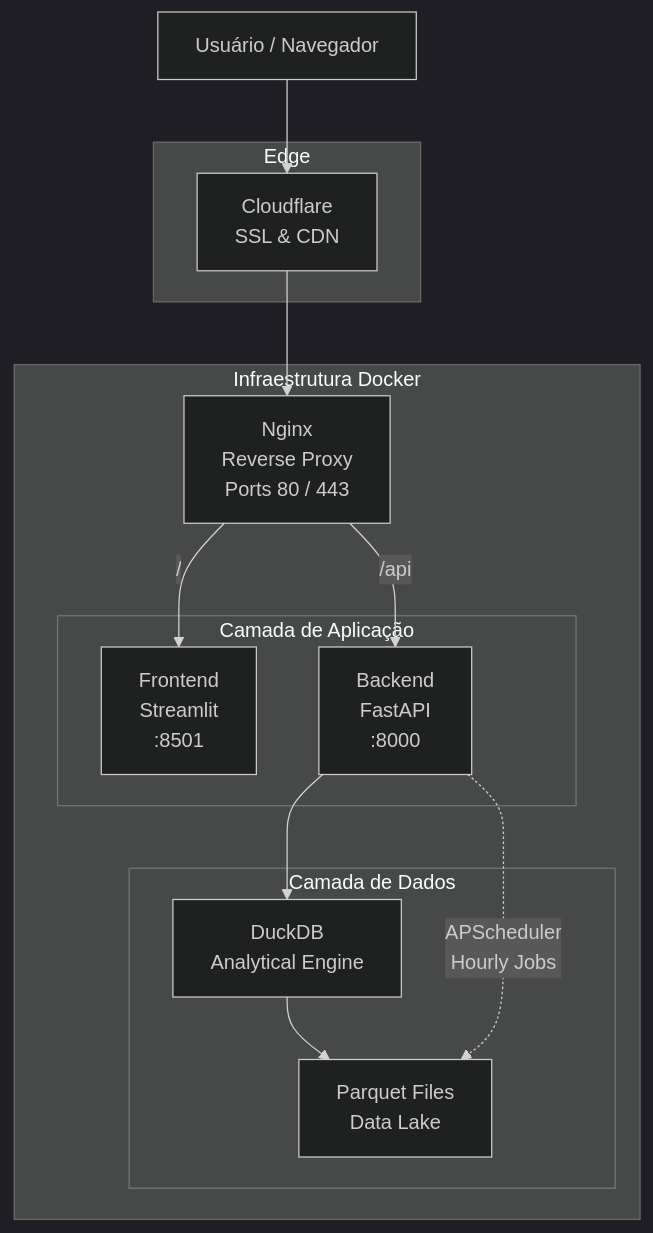
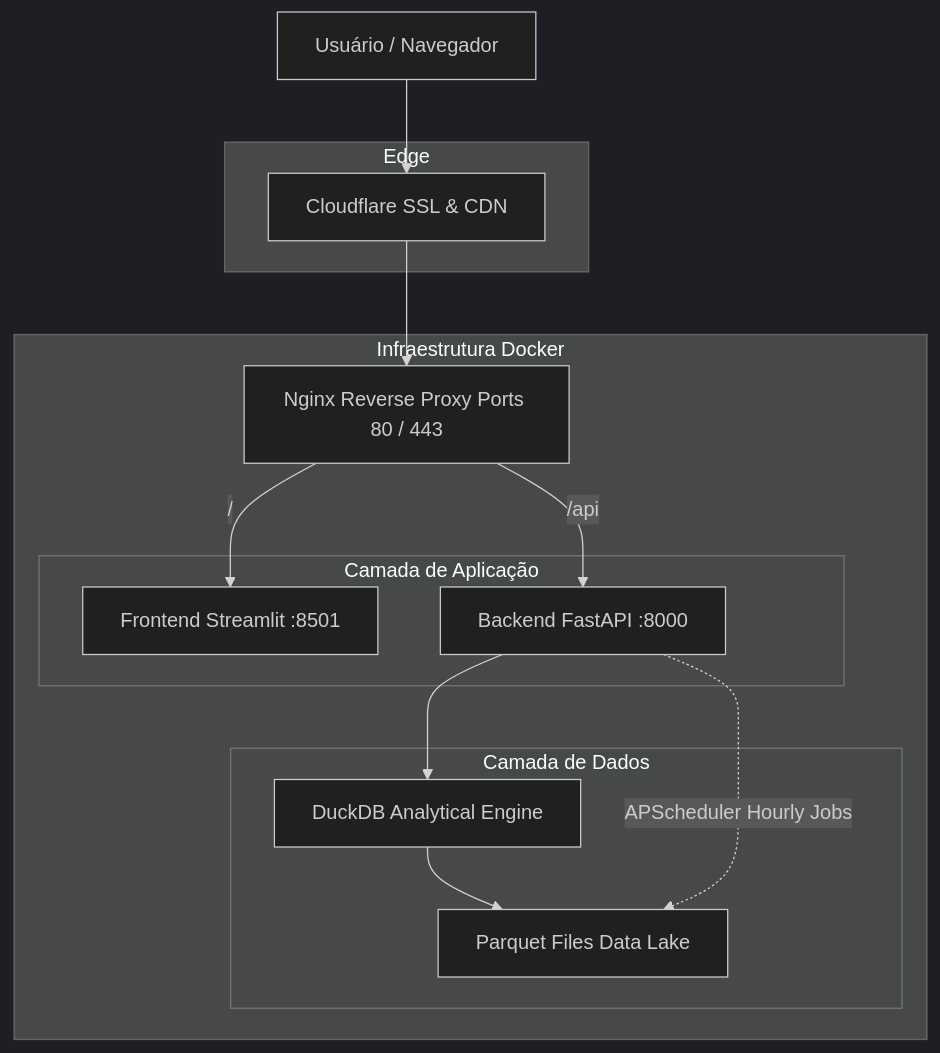
Before and after one commit to miguelzttn/precos-pmc-front-and-backend: the diagram in README.md, drawn with Mermaid (dark theme).

Commit message:
fix: fixing mermaid chart

````diff
--- a/README.md
+++ b/README.md
@@ -58,30 +58,30 @@
 ```mermaid
 flowchart TB
     User[Usuário / Navegador]
 
     subgraph Edge
-        CF["Cloudflare\nSSL & CDN"]
+        CF["Cloudflare SSL & CDN"]
     end
 
     subgraph Docker["Infraestrutura Docker"]
-        NGINX["Nginx\nReverse Proxy\nPorts 80 / 443"]
+        NGINX["Nginx Reverse Proxy Ports 80 / 443"]
 
         subgraph Apps["Camada de Aplicação"]
-            FE["Frontend\nStreamlit\n:8501"]
-            BE["Backend\nFastAPI\n:8000"]
+            FE["Frontend Streamlit :8501"]
+            BE["Backend FastAPI :8000"]
         end
 
         subgraph Data["Camada de Dados"]
-            DDB["DuckDB\nAnalytical Engine"]
-            PQ["Parquet Files\nData Lake"]
+            DDB["DuckDB Analytical Engine"]
+            PQ["Parquet Files Data Lake"]
         end
     end
 
     User --> CF
     CF --> NGINX
     NGINX -->|/| FE
     NGINX -->|/api| BE
     BE --> DDB
     DDB --> PQ
-    BE -.->|"APScheduler\nHourly Jobs"| PQ
+    BE -.->|"APScheduler Hourly Jobs"| PQ
 ```
````
